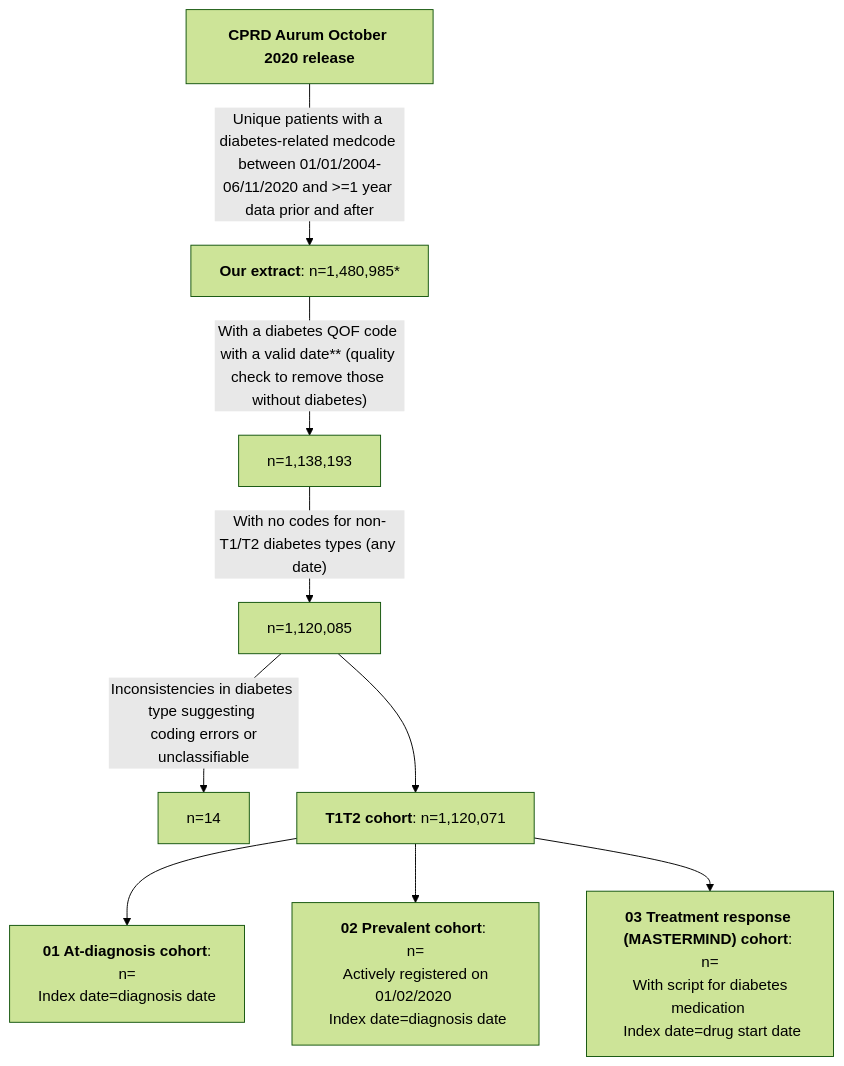
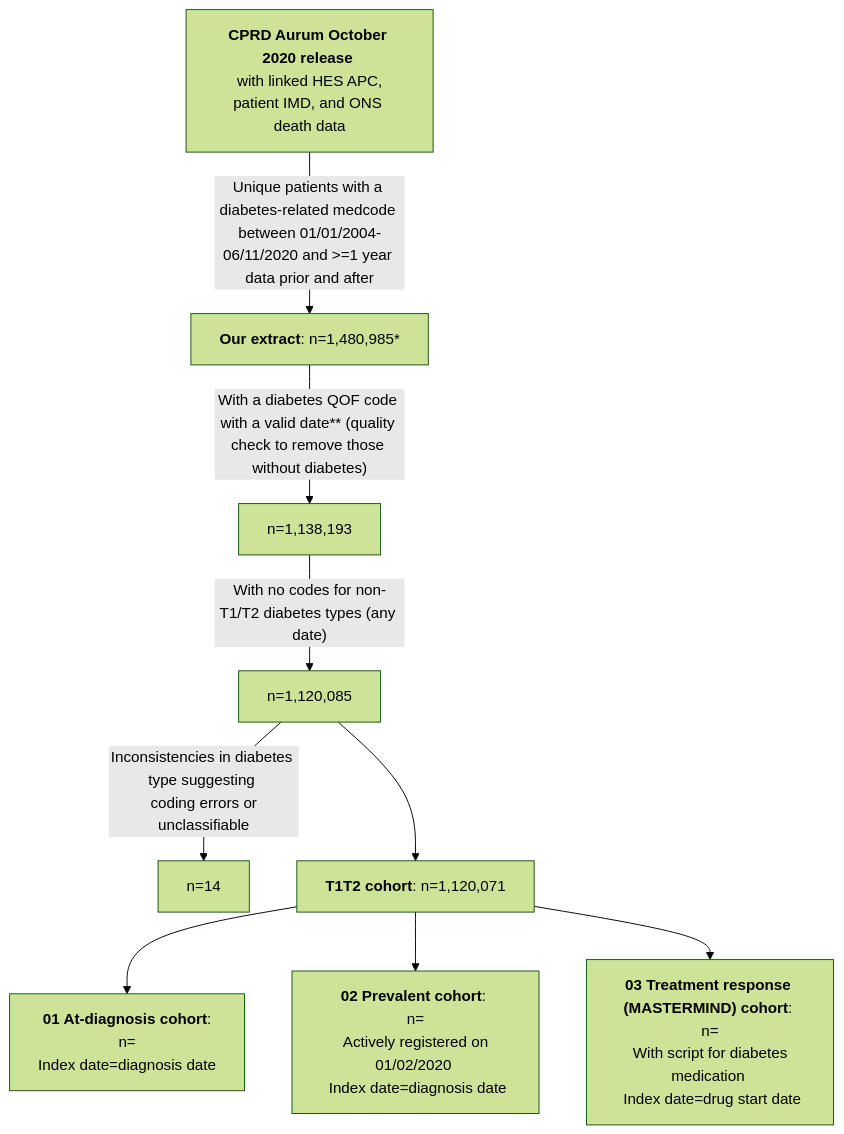
Before and after one commit to Exeter-Diabetes/CPRD-Cohort-scripts: the first of 2 diagrams in README.md, drawn with Mermaid (forest theme).

````diff
--- a/README.md
+++ b/README.md
@@ -12,11 +12,11 @@
 ```mermaid
 graph TD;
-    A["<b>CPRD Aurum October 2020 release</b>"] --> |"Unique patients with a diabetes-related medcode between 01/01/2004-06/11/2020 and >=1 year data prior and after"| B["<b>Our extract</b>: n=1,480,985*"]
+    A["<b>CPRD Aurum October 2020 release</b> <br> with linked HES APC, patient IMD, and ONS death data"] --> |"Unique patients with a diabetes-related medcode between 01/01/2004-06/11/2020 and >=1 year data prior and after"| B["<b>Our extract</b>: n=1,480,985*"]
     B -->|"With a diabetes QOF code with a valid date** (quality check to remove those without diabetes)"|C["n=1,138,193"]
     C --> |"With no codes for non-T1/T2 diabetes types (any date)"|D["n=1,120,085"]
     D --> |"Inconsistencies in diabetes type suggesting <br> coding errors or unclassifiable"|E["n=14"]
     D --> F["<b>T1T2 cohort</b>: n=1,120,071"]
     F --> G["<b>01 At-diagnosis cohort</b>: <br> n= <br> Index date=diagnosis date"]
     F --> H["<b>02 Prevalent cohort</b>: <br> n= <br> Actively registered on 01/02/2020 <br> Index date=diagnosis date"]
     F --> I["<b>03 Treatment response (MASTERMIND) cohort</b>: <br> n= <br> With script for diabetes medication <br> Index date=drug start date"]
 ```
````
